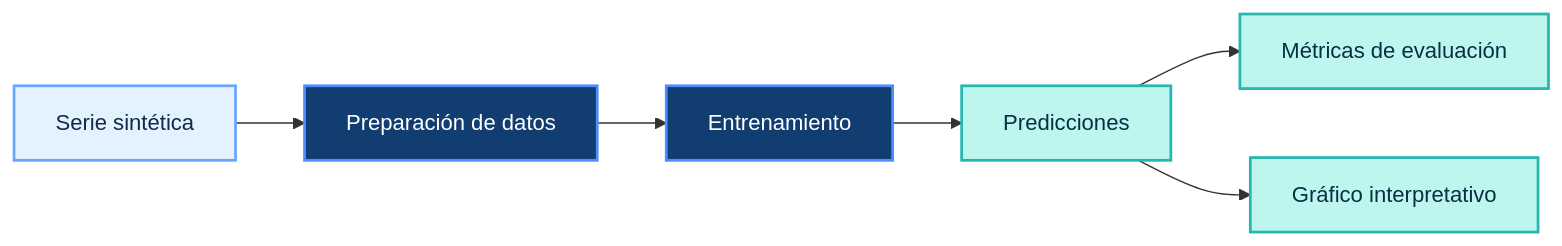
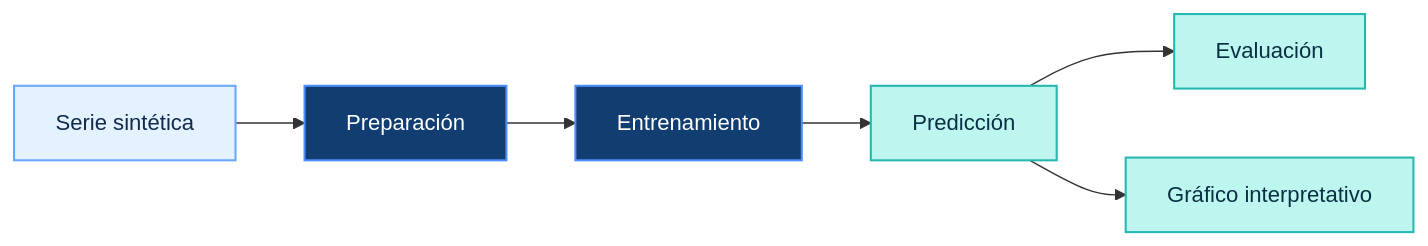
One commit to ClxNode/challenge-2-analisis-iras-peru changed the second of 2 diagrams in README.md. Above: the diagram before and after it, drawn with Mermaid. The commit also changed other lines of this file, not shown here.

````diff
--- a/README.md
+++ b/README.md
@@ -233,14 +163,15 @@
 ```mermaid
 flowchart LR
-    A["Serie sintética"] --> B["Preparación de datos"]
+    A["Serie sintética"] --> B["Preparación"]
     B --> C["Entrenamiento"]
-    C --> D["Predicciones"]
-    D --> E["Métricas de evaluación"]
+    C --> D["Predicción"]
+    D --> E["Evaluación"]
     D --> F["Gráfico interpretativo"]
-    classDef data fill:#E4F2FF,color:#102B4A,stroke:#68A6FF,stroke-width:2px;
-    classDef process fill:#123D70,color:#FFFFFF,stroke:#4D8DFF,stroke-width:2px;
-    classDef result fill:#BDF6EF,color:#092F43,stroke:#26B7B1,stroke-width:2px;
+
+    classDef data fill:#E4F2FF,color:#102B4A,stroke:#68A6FF,stroke-width:1.5px;
+    classDef process fill:#123D70,color:#FFFFFF,stroke:#4D8DFF,stroke-width:1.5px;
+    classDef result fill:#BDF6EF,color:#092F43,stroke:#26B7B1,stroke-width:1.5px;
     class A data;
     class B,C process;
     class D,E,F result;
 ```
````
